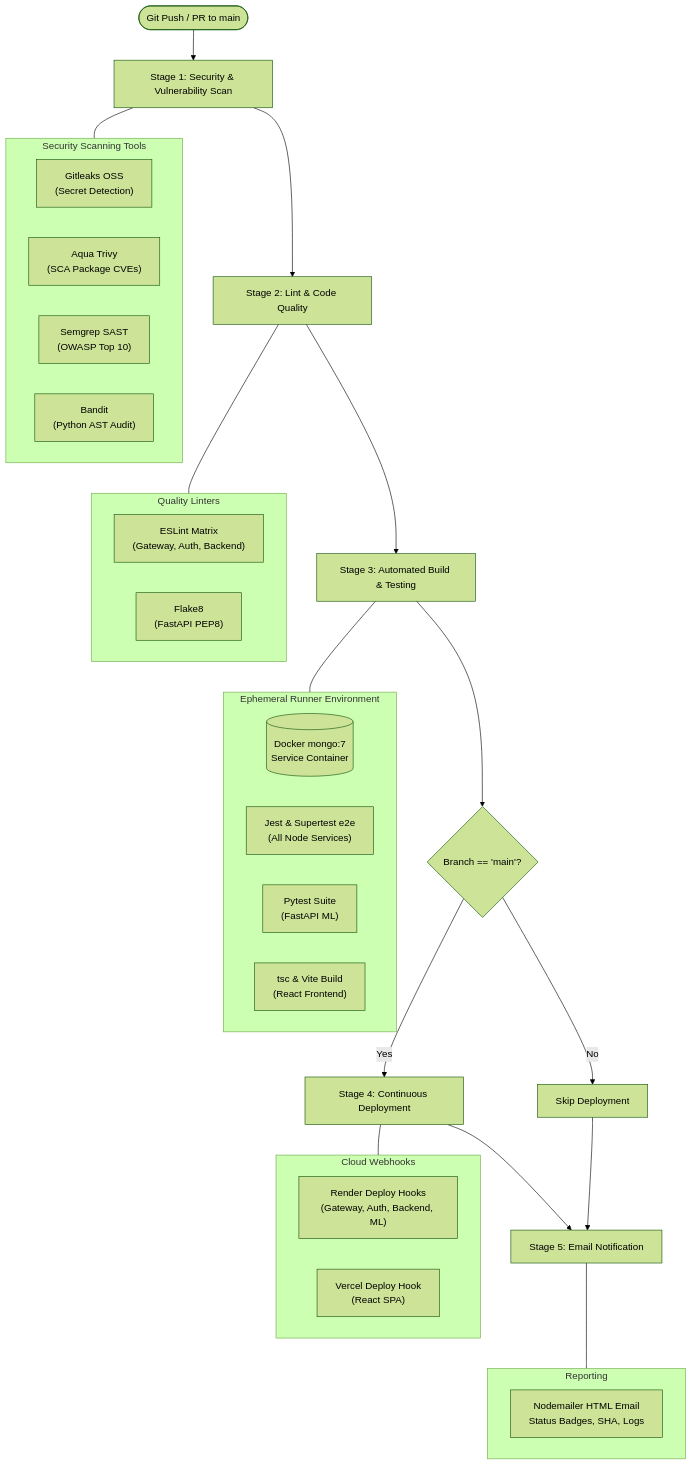
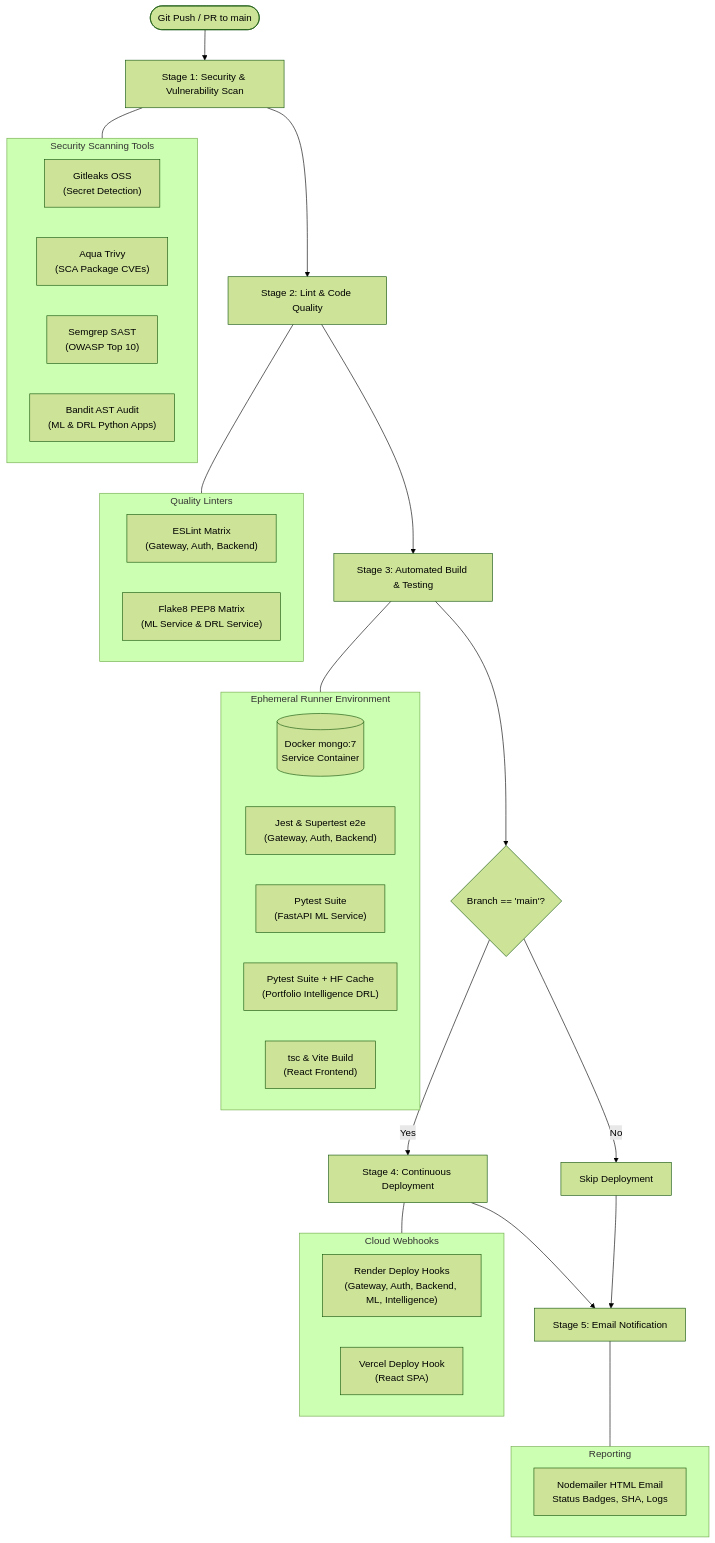
One commit to subham2020btecs00002/PORTFOLIO-BUILDER-2.0 changed the diagram in wiki/CI-CD-Pipeline-and-DevOps.md. Above: the diagram before and after it, drawn with Mermaid (forest theme). The commit also changed other lines of this file and 22 other files, not shown here.

````diff
--- a/wiki/CI-CD-Pipeline-and-DevOps.md
+++ b/wiki/CI-CD-Pipeline-and-DevOps.md
@@ -9,46 +9,47 @@
 ```mermaid
 flowchart TD
     Commit([Git Push / PR to main]) --> S1[Stage 1: Security & Vulnerability Scan]
     
     subgraph S1Details["Security Scanning Tools"]
         Gitleaks["Gitleaks OSS<br/>(Secret Detection)"]
         Trivy["Aqua Trivy<br/>(SCA Package CVEs)"]
         Semgrep["Semgrep SAST<br/>(OWASP Top 10)"]
-        Bandit["Bandit<br/>(Python AST Audit)"]
+        Bandit["Bandit AST Audit<br/>(ML & DRL Python Apps)"]
     end
     S1 --- S1Details
 
     S1 --> S2[Stage 2: Lint & Code Quality]
     subgraph S2Details["Quality Linters"]
         ESLint["ESLint Matrix<br/>(Gateway, Auth, Backend)"]
-        Flake8["Flake8<br/>(FastAPI PEP8)"]
+        Flake8["Flake8 PEP8 Matrix<br/>(ML Service & DRL Service)"]
     end
     S2 --- S2Details
 
     S2 --> S3[Stage 3: Automated Build & Testing]
     subgraph S3Details["Ephemeral Runner Environment"]
         MongoBox[("Docker mongo:7<br/>Service Container")]
-        Jest["Jest & Supertest e2e<br/>(All Node Services)"]
-        Pytest["Pytest Suite<br/>(FastAPI ML)"]
+        Jest["Jest & Supertest e2e<br/>(Gateway, Auth, Backend)"]
+        PytestML["Pytest Suite<br/>(FastAPI ML Service)"]
+        PytestDRL["Pytest Suite + HF Cache<br/>(Portfolio Intelligence DRL)"]
         ViteBuild["tsc & Vite Build<br/>(React Frontend)"]
     end
     S3 --- S3Details
 
     S3 --> BranchCheck{Branch == 'main'?}
     BranchCheck -- Yes --> S4[Stage 4: Continuous Deployment]
     BranchCheck -- No --> SkipDeploy[Skip Deployment]
 
     subgraph S4Details["Cloud Webhooks"]
-        Render["Render Deploy Hooks<br/>(Gateway, Auth, Backend, ML)"]
+        Render["Render Deploy Hooks<br/>(Gateway, Auth, Backend, ML, Intelligence)"]
         Vercel["Vercel Deploy Hook<br/>(React SPA)"]
     end
     S4 --- S4Details
 
     S4 --> S5[Stage 5: Email Notification]
     SkipDeploy --> S5
 
     subgraph S5Details["Reporting"]
         Report["Nodemailer HTML Email<br/>Status Badges, SHA, Logs"]
     end
     S5 --- S5Details
 ```
````
